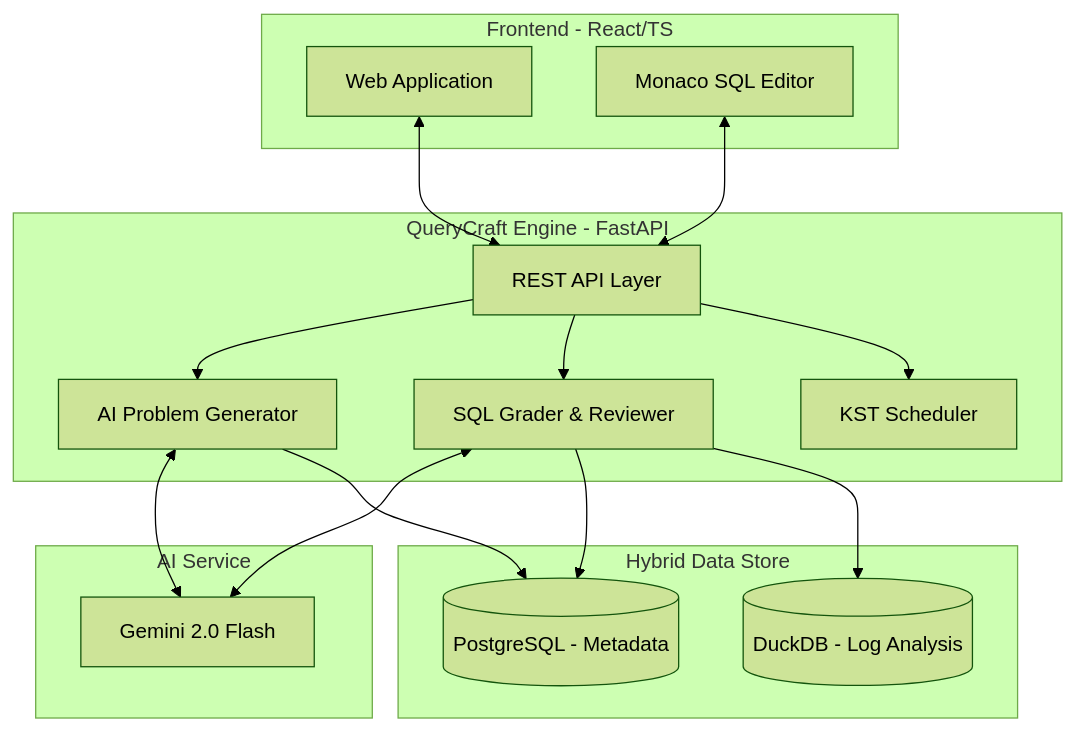
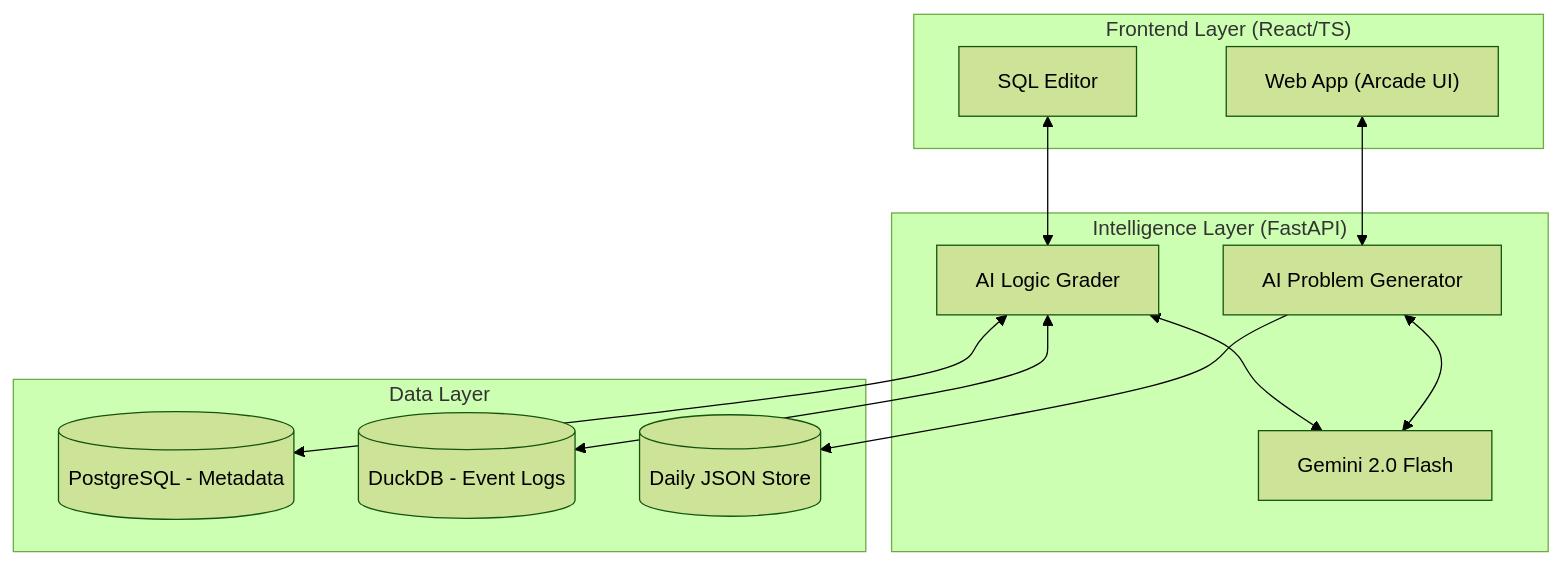
Before and after one commit to KnellBalm/QueryCraft: the diagram in README.md, drawn with Mermaid (forest theme). The commit also changed other lines of this file and 5 other files, not shown here.

````diff
--- a/README.md
+++ b/README.md
@@ -52,30 +55,25 @@
 ```mermaid
-flowchart TD
-    subgraph Frontend [Frontend - React/TS]
-        Web[Web Application]
-        Editor[Monaco SQL Editor]
+graph TD
+    subgraph "Frontend Layer (React/TS)"
+        Web["Web App (Arcade UI)"]
+        Monaco["SQL Editor"]
     end
 
-    subgraph Backend [QueryCraft Engine - FastAPI]
-        API[REST API Layer]
-        Gen[AI Problem Generator]
-        Grade[SQL Grader & Reviewer]
-        Sched[KST Scheduler]
+    subgraph "Intelligence Layer (FastAPI)"
+        ProblemGen["AI Problem Generator"]
+        AIService["Gemini 2.0 Flash"]
+        Grader["AI Logic Grader"]
     end
 
-    subgraph Storage [Hybrid Data Store]
+    subgraph "Data Layer"
         PG[(PostgreSQL - Metadata)]
-        Duck[(DuckDB - Log Analysis)]
+        Duck[(DuckDB - Event Logs)]
+        Storage[(Daily JSON Store)]
     end
 
-    subgraph External [AI Service]
-        Gemini[Gemini 2.0 Flash]
-    end
-
-    Web <--> API
-    Editor <--> API
-    API --> Gen & Grade & Sched
-    Gen & Grade <--> Gemini
-    Grade --> PG & Duck
-    Gen --> PG
+    Web <--> ProblemGen
+    Monaco <--> Grader
+    ProblemGen & Grader <--> AIService
+    Grader <--> Duck & PG
+    ProblemGen --> Storage
 ```
````
